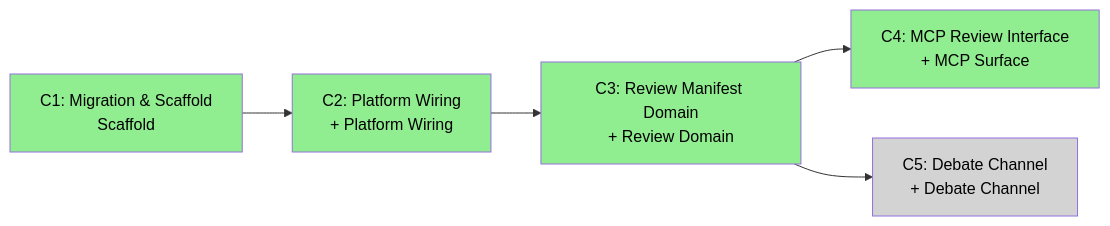
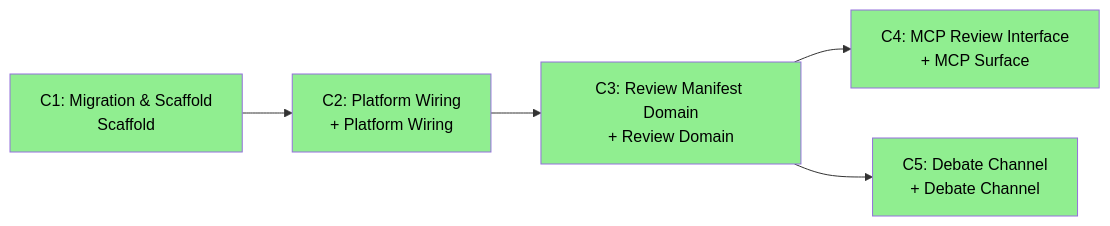
One commit to mdproctor/drafthouse changed the fifth of 5 diagrams in ARC42STORIES.MD. Above: the diagram before and after it, drawn with Mermaid. The commit also changed other lines of this file and 1 other file, not shown here.

````diff
--- a/ARC42STORIES.MD
+++ b/ARC42STORIES.MD
@@ -289,13 +289,13 @@
 ```mermaid
 flowchart LR
   C1["C1: Migration & Scaffold\nScaffold"] --> C2["C2: Platform Wiring\n+ Platform Wiring"]
   C2 --> C3["C3: Review Manifest Domain\n+ Review Domain"]
   C3 --> C4["C4: MCP Review Interface\n+ MCP Surface"]
   C3 --> C5["C5: Debate Channel\n+ Debate Channel"]
 
   style C1 fill:#90EE90,color:#000
   style C2 fill:#90EE90,color:#000
   style C3 fill:#90EE90,color:#000
   style C4 fill:#90EE90,color:#000
-  style C5 fill:#D3D3D3,color:#000
+  style C5 fill:#90EE90,color:#000
 ```
````
